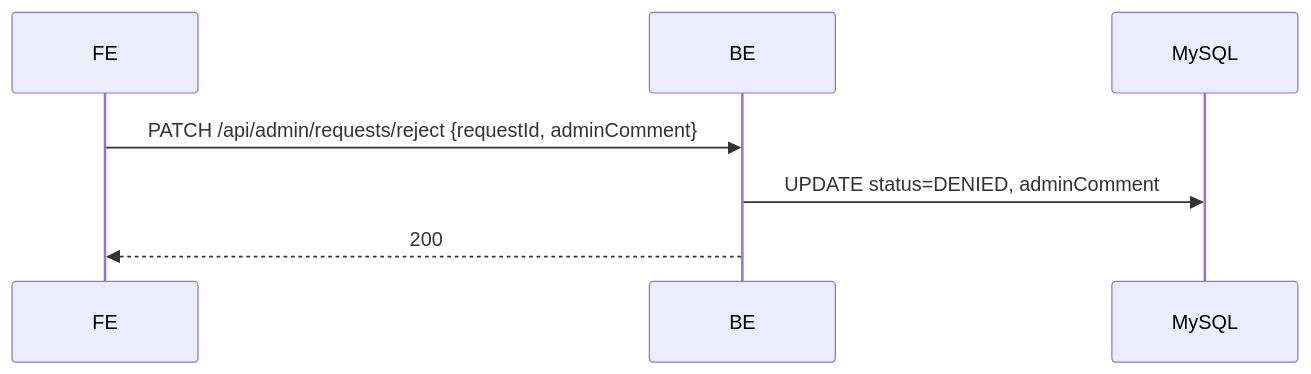
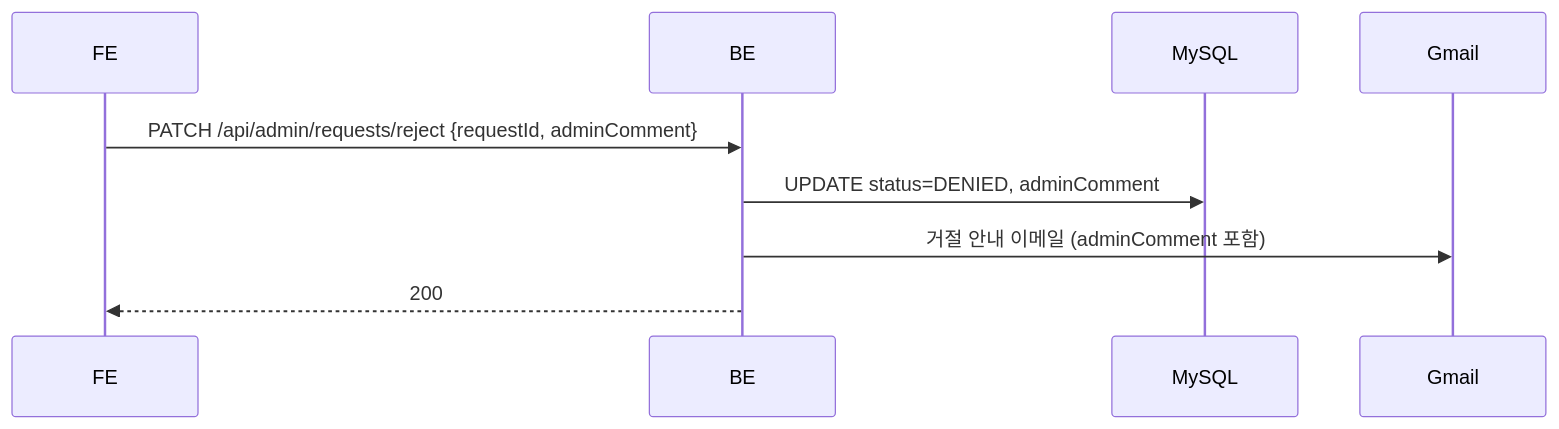
One commit to CSID-DGU/admin_wiki changed the fifth of 15 diagrams in md/backend/시스템-아키텍처.md. Above: the diagram before and after it, drawn with Mermaid. The commit also changed other lines of this file and 12 other files, not shown here.

````diff
--- a/md/backend/시스템-아키텍처.md
+++ b/md/backend/시스템-아키텍처.md
@@ -95,10 +97,12 @@
 ```mermaid
 sequenceDiagram
     participant FE as FE
     participant BE as BE
     participant MySQL as MySQL
+    participant Gmail as Gmail
 
     FE->>BE: PATCH /api/admin/requests/reject {requestId, adminComment}
     BE->>MySQL: UPDATE status=DENIED, adminComment
+    BE->>Gmail: 거절 안내 이메일 (adminComment 포함)
     BE-->>FE: 200
 ```
````
